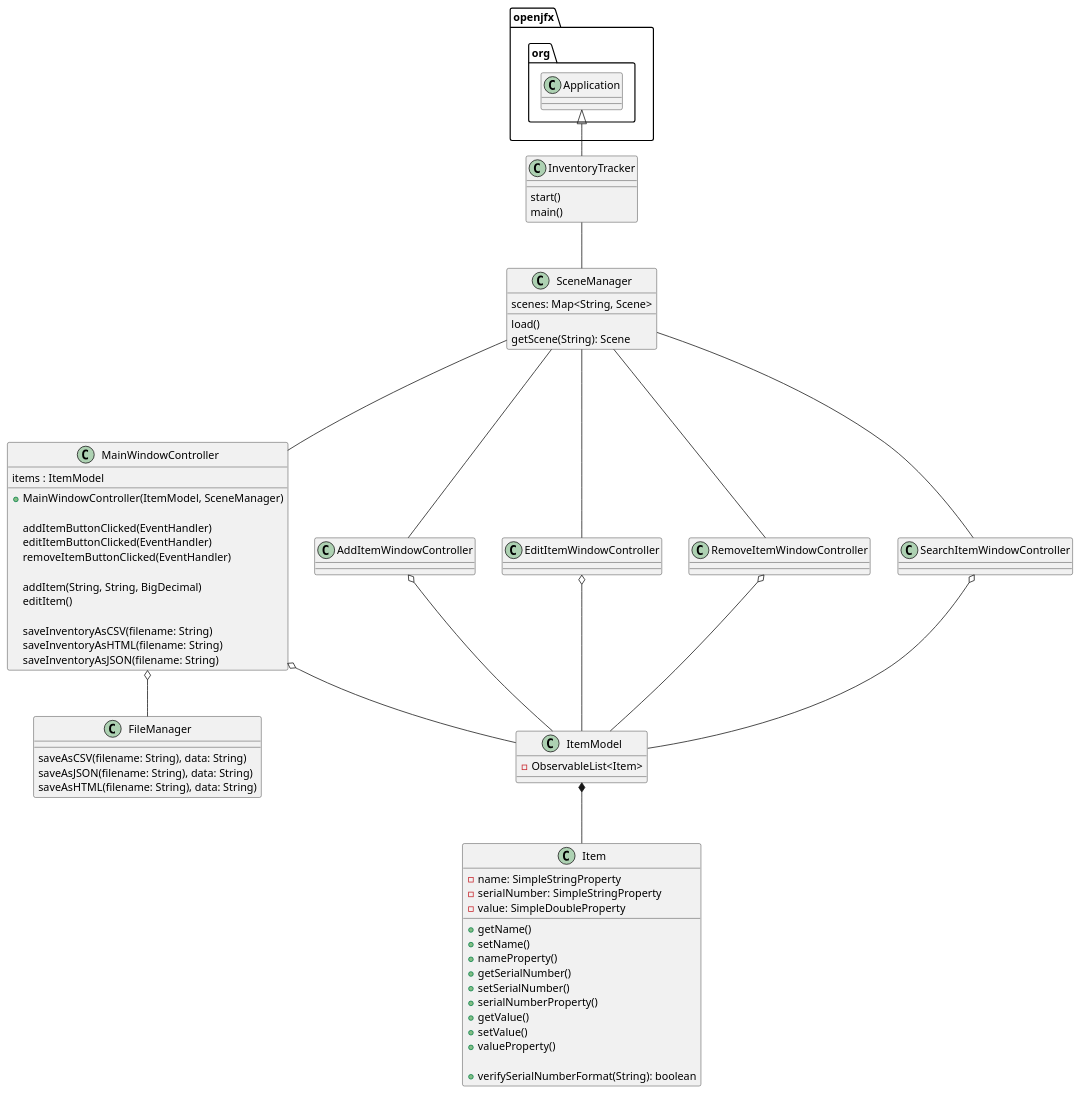
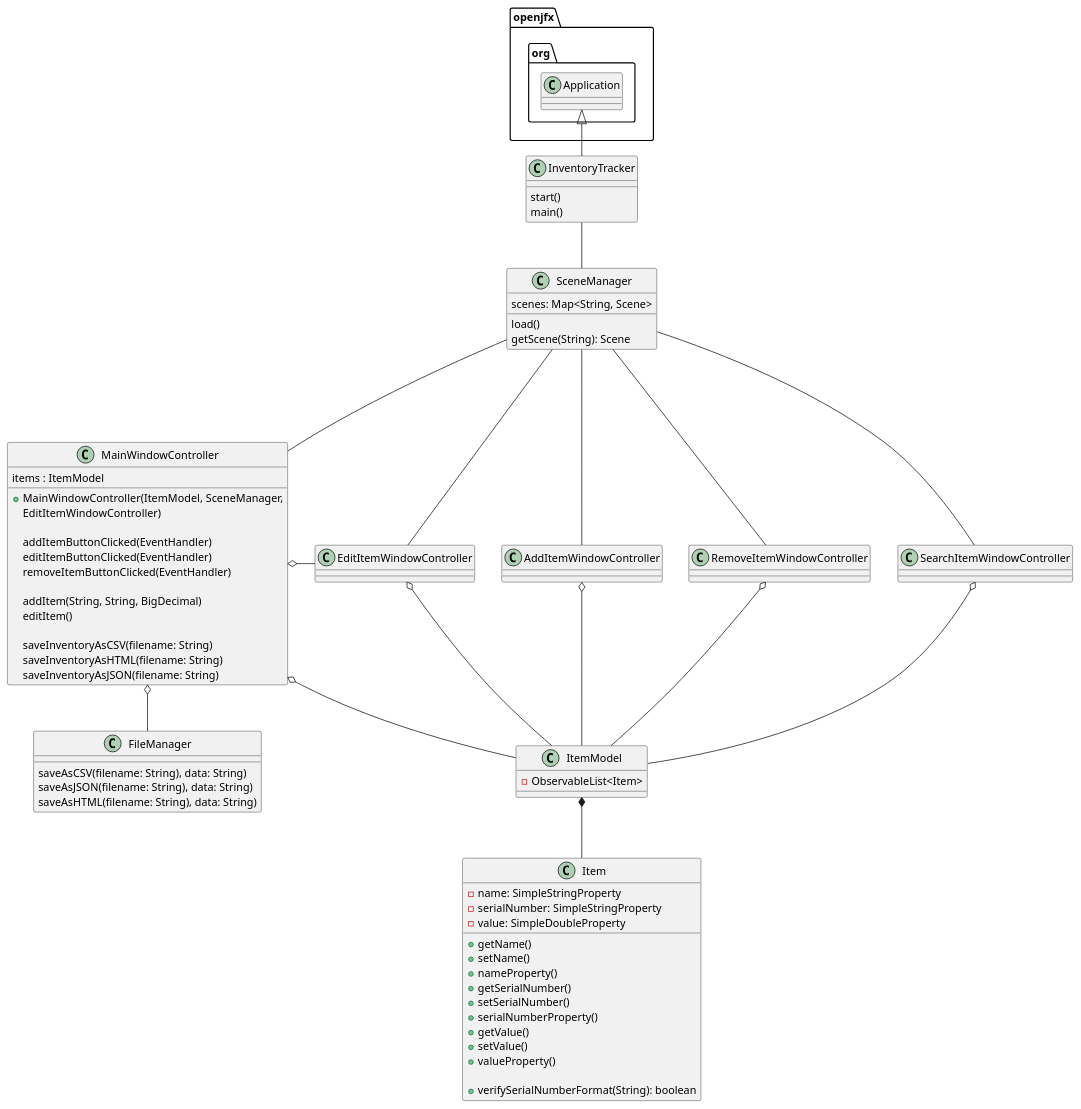
The diagram in uml/assignment5.puml (Joey-Crown/crown-7381-a5), drawn with PlantUML before and after one commit. The commit also changed 8 other files, not shown here.

```diff
--- a/uml/assignment5.puml
+++ b/uml/assignment5.puml
@@ -1,91 +1,92 @@
 @startuml
 'https://plantuml.com/sequence-diagram
 
 class InventoryTracker {
     start()
     main()
 }
 
 class SceneManager {
     scenes: Map<String, Scene>
 
     load()
     getScene(String): Scene
 }
 
 class MainWindowController {
     items : ItemModel
 
-    + MainWindowController(ItemModel, SceneManager)
+    + MainWindowController(ItemModel, SceneManager,
+                           EditItemWindowController)
 
     addItemButtonClicked(EventHandler)
     editItemButtonClicked(EventHandler)
     removeItemButtonClicked(EventHandler)
 
     addItem(String, String, BigDecimal)
     editItem()
 
     saveInventoryAsCSV(filename: String)
     saveInventoryAsHTML(filename: String)
     saveInventoryAsJSON(filename: String)
 }
 
-class AddItemWindowController {
+class EditItemWindowController {
 }
 
-class EditItemWindowController {
+class AddItemWindowController {
 }
 
 class RemoveItemWindowController {
 }
 
 class SearchItemWindowController {
 }
 
 class ItemModel {
     - ObservableList<Item>
 }
 
 class Item {
     - name: SimpleStringProperty
     - serialNumber: SimpleStringProperty
     - value: SimpleDoubleProperty
 
     + getName()
     + setName()
     + nameProperty()
     + getSerialNumber()
     + setSerialNumber()
     + serialNumberProperty()
     + getValue()
     + setValue()
     + valueProperty()
 
     + verifySerialNumberFormat(String): boolean
 }
 
 class FileManager {
     saveAsCSV(filename: String), data: String)
     saveAsJSON(filename: String), data: String)
     saveAsHTML(filename: String), data: String)
 }
 
 
 openjfx.org.Application <|-- InventoryTracker
 InventoryTracker -- SceneManager
 SceneManager --- MainWindowController
 SceneManager --- AddItemWindowController
 SceneManager --- EditItemWindowController
 SceneManager --- RemoveItemWindowController
 SceneManager --- SearchItemWindowController
 MainWindowController o-- FileManager
 MainWindowController o-- ItemModel
 AddItemWindowController o-- ItemModel
 EditItemWindowController o-- ItemModel
 RemoveItemWindowController o-- ItemModel
 SearchItemWindowController o-- ItemModel
-
+MainWindowController o- EditItemWindowController
 ItemModel *-- Item
 
 
 @enduml
```
